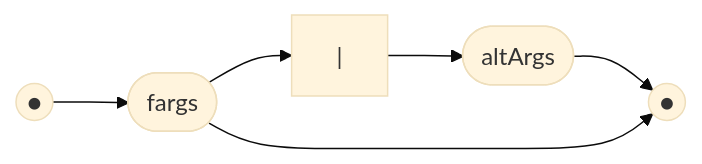
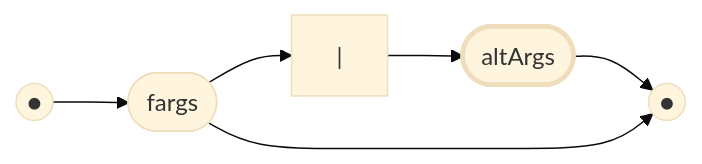
One commit to billhails/CEKF changed diagram 27 of 59 in docs/railroad.md. Above: the diagram before and after it, drawn with Mermaid (base theme). The commit also changed other lines of this file, not shown here.

````diff
--- a/docs/railroad.md
+++ b/docs/railroad.md
@@ -409,8 +438,9 @@
 ```mermaid
 flowchart LR
+classDef rec stroke-width:3px;
 s(("●"))
 e(("●"))
 s --> fargs([fargs])
-fargs --> pipe["|"] --> aa([altArgs]) --> e
+fargs --> pipe["|"] --> aa([altArgs]):::rec --> e
 fargs --> e
 ```
````
